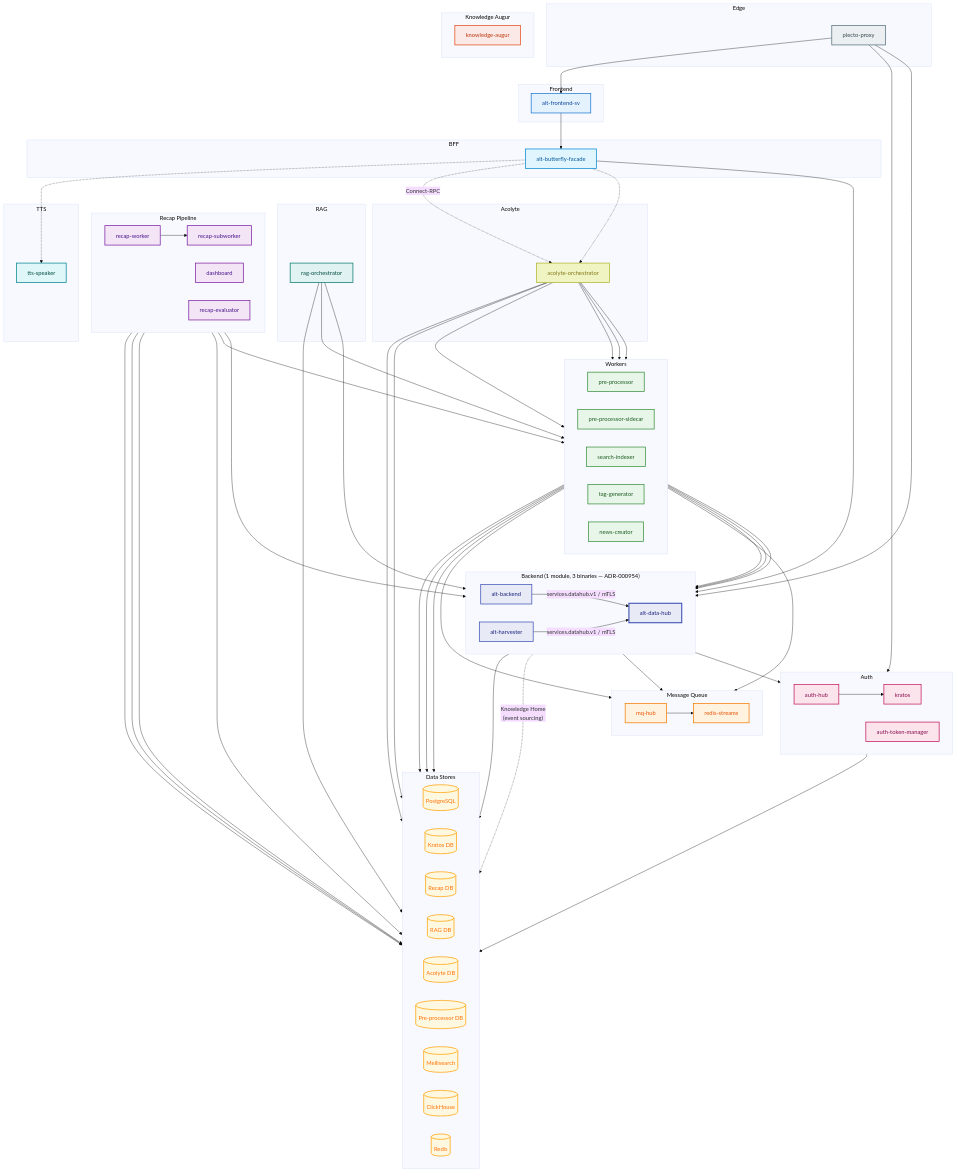
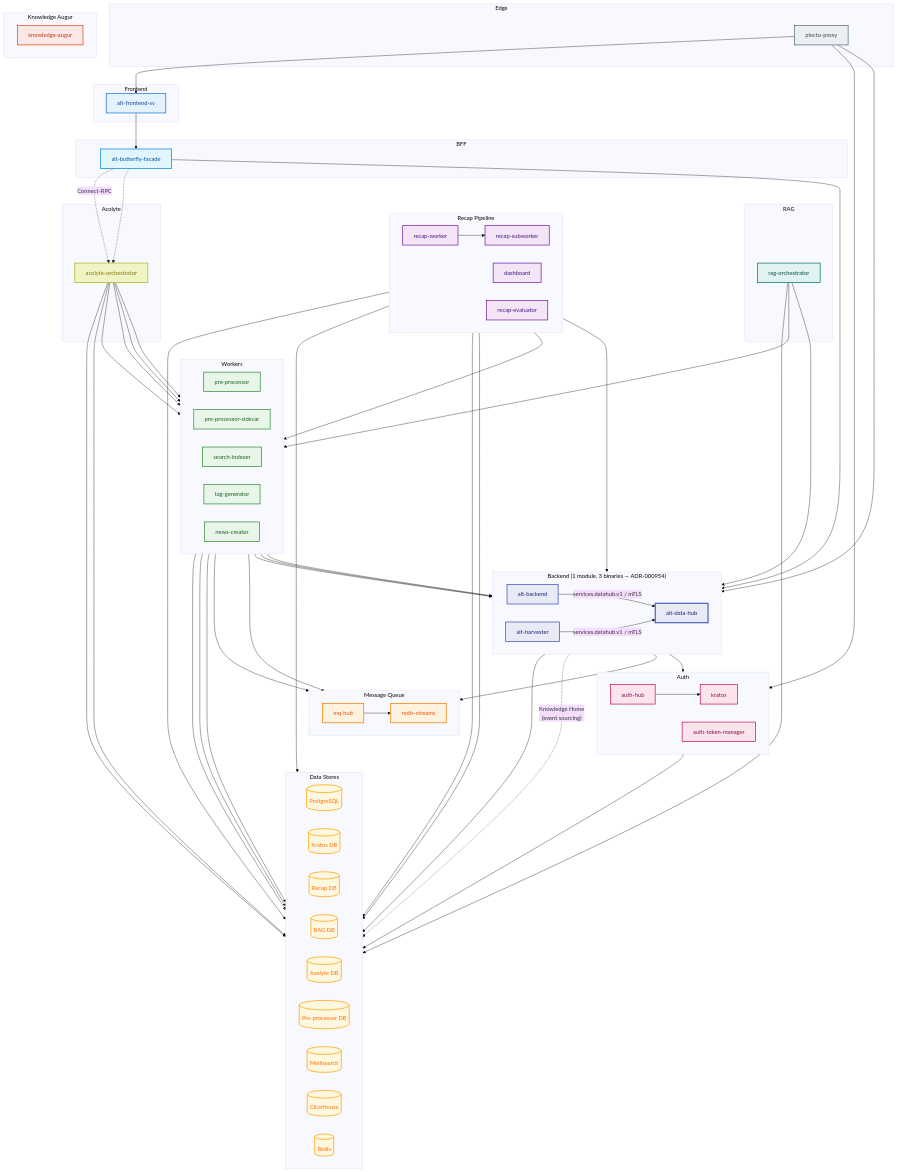
One commit to Kaikei-e/Alt changed the diagram in docs/services/MICROSERVICES.md. Above: the diagram before and after it, drawn with Mermaid (base theme). The commit also changed other lines of this file and 11 other files, not shown here.

```diff
--- a/docs/services/MICROSERVICES.md
+++ b/docs/services/MICROSERVICES.md
@@ -218,10 +216,6 @@
         acolyte-orchestrator
     end
 
-    subgraph TTS["TTS"]
-        tts-speaker
-    end
-
     subgraph Augur["Knowledge Augur"]
         knowledge-augur
     end
@@ -260,9 +254,6 @@
     pre-processor --> alt-data-hub & redis-streams
     news-creator --> redis-cache
     mq-hub --> redis-streams
-
-    %% BFF -> TTS
-    alt-butterfly-facade -.-> tts-speaker
 
     %% Pre-processor -> pre-processor-db
     pre-processor --> pre-processor-db
@@ -323,9 +314,6 @@
     %% Styling - Acolyte (lime)
     style acolyte-orchestrator fill:#f0f4c3,stroke:#afb42b,color:#827717,stroke-width:2px
 
-    %% Styling - TTS (cyan)
-    style tts-speaker fill:#e0f7fa,stroke:#00838f,color:#004d40,stroke-width:2px
-
     %% Styling - Knowledge Augur (deep orange)
     style knowledge-augur fill:#fbe9e7,stroke:#e64a19,color:#bf360c,stroke-width:2px
 
```
